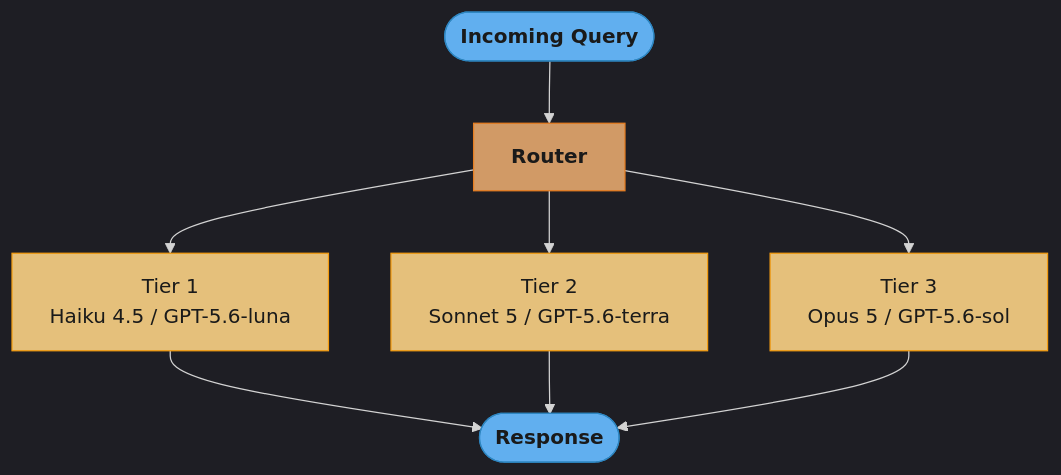
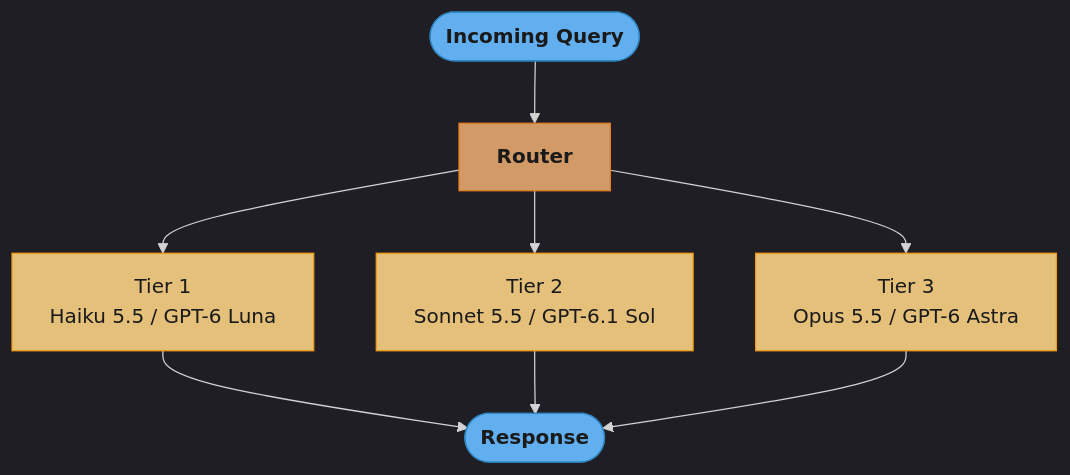
Before and after one commit to rppol/system-design: the first of 6 diagrams in src/main/java/com/rutik/systemdesign/llm/llm_routing_and_model_selection/llm_routing_and_model_selection.md, drawn with Mermaid. The commit also changed other lines of this file and 655 other files, not shown here.

````diff
--- a/src/main/java/com/rutik/systemdesign/llm/llm_routing_and_model_selection/llm_routing_and_model_selection.md
+++ b/src/main/java/com/rutik/systemdesign/llm/llm_routing_and_model_selection/llm_routing_and_model_selection.md
@@ -179,21 +181,21 @@
 ```mermaid
 %%{init: {'flowchart': {'curve': 'basis'}, 'theme': 'dark'}}%%
 flowchart TD
     classDef io      fill:#61afef,stroke:#2e86c1,color:#1a1a1a,font-weight:bold
     classDef frozen  fill:#c678dd,stroke:#9b59b6,color:#fff
     classDef train   fill:#98c379,stroke:#27ae60,color:#1a1a1a
     classDef mathOp  fill:#d19a66,stroke:#e67e22,color:#1a1a1a,font-weight:bold
     classDef lossN   fill:#e06c75,stroke:#c0392b,color:#fff,font-weight:bold
     classDef req     fill:#56b6c2,stroke:#0097a7,color:#1a1a1a
     classDef base    fill:#e5c07b,stroke:#f39c12,color:#1a1a1a
 
     Q([Incoming Query]) --> Router["Router"]
-    Router --> T1["Tier 1\nHaiku 4.5 / GPT-5.6-luna"]
-    Router --> T2["Tier 2\nSonnet 5 / GPT-5.6-terra"]
-    Router --> T3["Tier 3\nOpus 5 / GPT-5.6-sol"]
+    Router --> T1["Tier 1\nHaiku 5.5 / GPT-6 Luna"]
+    Router --> T2["Tier 2\nSonnet 5.5 / GPT-6.1 Sol"]
+    Router --> T3["Tier 3\nOpus 5.5 / GPT-6 Astra"]
     T1 & T2 & T3 --> Response([Response])
 
     class Q,Response io
     class Router mathOp
     class T1,T2,T3 base
 ```
````
